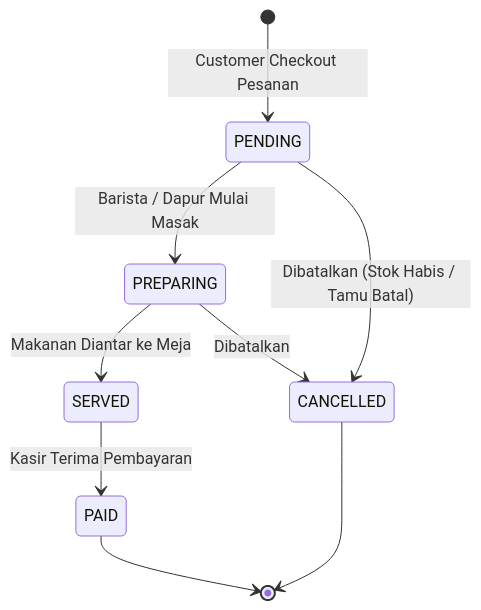
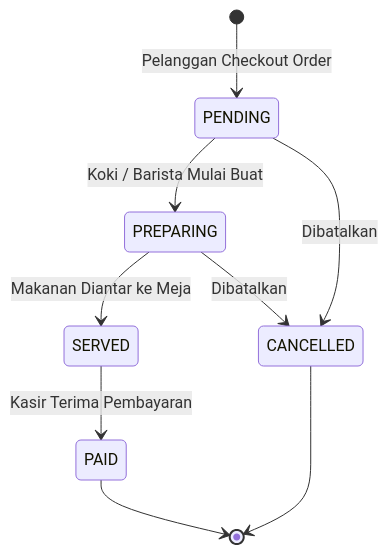
One commit to dwigunardi/be-menu-scan-latihan changed the fifth of 5 diagrams in docs/integration/frontend-integration-guide.md. Above: the diagram before and after it, drawn with Mermaid. The commit also changed other lines of this file and 4 other files, not shown here.

````diff
--- a/docs/integration/frontend-integration-guide.md
+++ b/docs/integration/frontend-integration-guide.md
@@ -295,11 +425,11 @@
 ```mermaid
 stateDiagram-v2
-    [*] --> PENDING : Customer Checkout Pesanan
-    PENDING --> PREPARING : Barista / Dapur Mulai Masak
+    [*] --> PENDING : Pelanggan Checkout Order
+    PENDING --> PREPARING : Koki / Barista Mulai Buat
     PREPARING --> SERVED : Makanan Diantar ke Meja
     SERVED --> PAID : Kasir Terima Pembayaran
-    PENDING --> CANCELLED : Dibatalkan (Stok Habis / Tamu Batal)
+    PENDING --> CANCELLED : Dibatalkan
     PREPARING --> CANCELLED : Dibatalkan
     PAID --> [*]
     CANCELLED --> [*]
 ```
````
